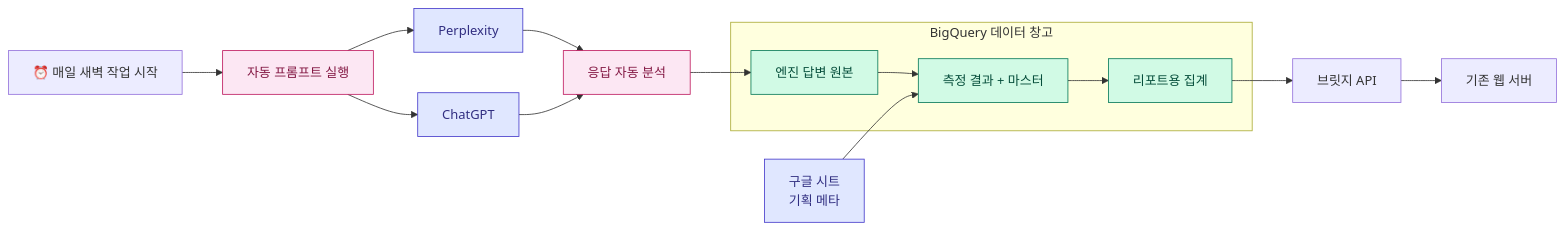
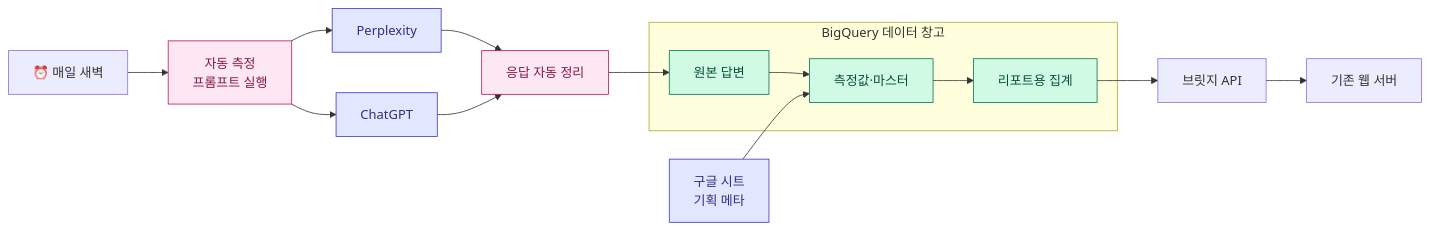
One commit to mts8787-droid/my-geo-newsletter changed the second of 4 diagrams in docs/ADMIN_PLAN.md. Above: the diagram before and after it, drawn with Mermaid. The commit also changed other lines of this file, not shown here.

````diff
--- a/docs/ADMIN_PLAN.md
+++ b/docs/ADMIN_PLAN.md
@@ -330,29 +128,29 @@
 ```mermaid
 flowchart LR
   classDef src fill:#E0E7FF,stroke:#4338CA,color:#312E81
   classDef run fill:#FCE7F3,stroke:#BE185D,color:#831843
   classDef bq fill:#D1FAE5,stroke:#047857,color:#064E3B
 
+  새벽[⏰ 매일 새벽]
+
   Perp[Perplexity]:::src
   GPT[ChatGPT]:::src
   시트[구글 시트<br/>기획 메타]:::src
 
-  새벽[⏰ 매일 새벽 작업 시작]
+  자동측정[자동 측정<br/>프롬프트 실행]:::run
+  자동정리[응답 자동 정리]:::run
 
-  자동측정[자동 프롬프트 실행]:::run
-  자동정리[응답 자동 분석]:::run
-
-  subgraph 데이터창고["BigQuery 데이터 창고"]
-    원본[엔진 답변 원본]:::bq
-    팩트[측정 결과 + 마스터]:::bq
+  subgraph 창고["BigQuery 데이터 창고"]
+    원본[원본 답변]:::bq
+    팩트[측정값·마스터]:::bq
     리포트[리포트용 집계]:::bq
   end
 
   브릿지[브릿지 API]
   웹[기존 웹 서버]
 
   새벽 --> 자동측정 --> Perp & GPT
   Perp & GPT --> 자동정리 --> 원본 --> 팩트 --> 리포트
   시트 --> 팩트
   리포트 --> 브릿지 --> 웹
 ```
````
